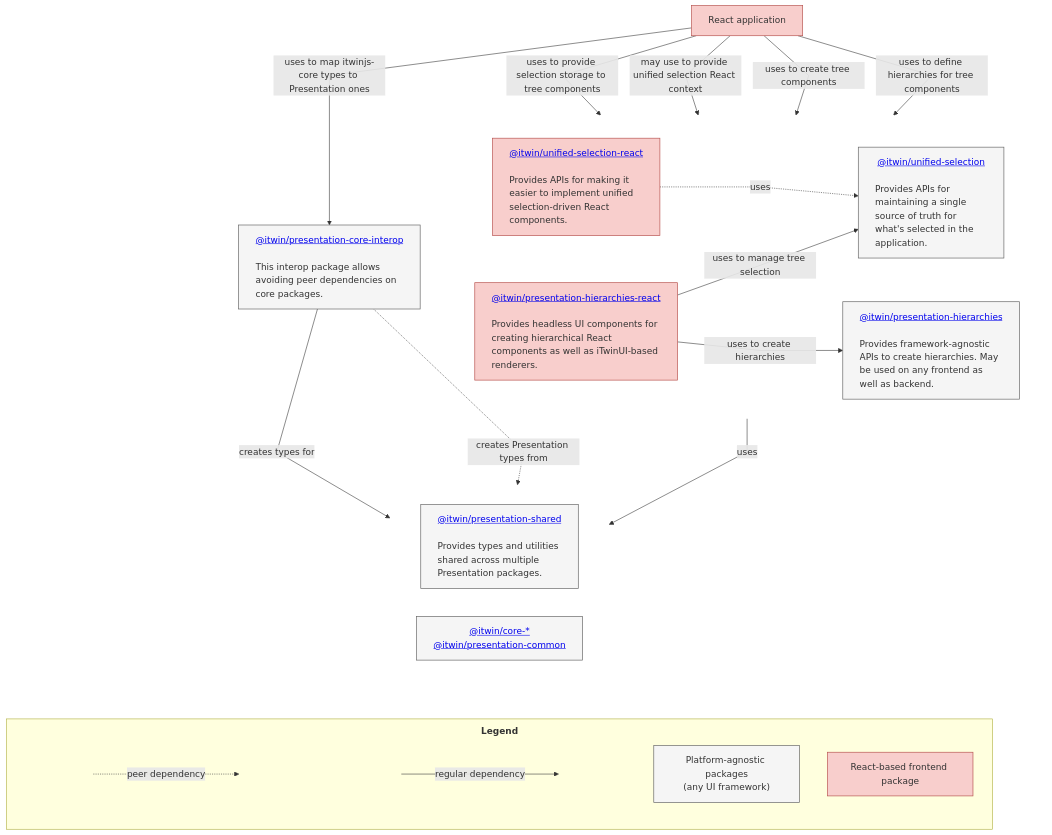
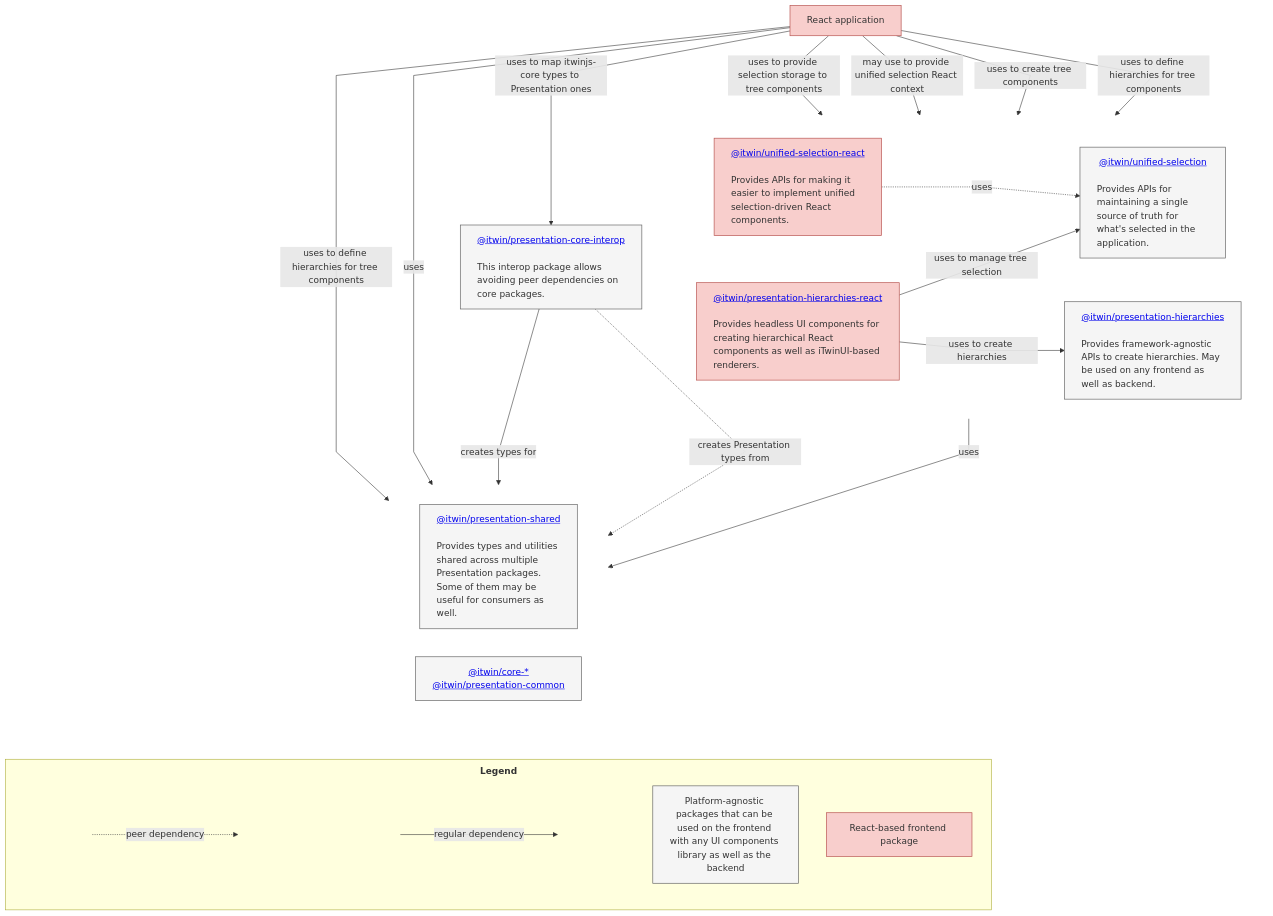
One commit to iTwin/presentation changed the diagram in README.md. Above: the diagram before and after it, drawn with Mermaid.

Commit message:
Add missing details

````diff
--- a/README.md
+++ b/README.md
@@ -59,67 +59,69 @@
 ```mermaid
 %%{init: {"flowchart": {"htmlLabels": true, "curve": "linear", "nodeSpacing": 50, "rankSpacing": 70}}}%%
 flowchart TB
   app["React application"]
 
   subgraph tier1[ ]
     direction LR
     pkgUnifiedSelection["<div style='text-align:center;white-space:nowrap;'><a href='./packages/unified-selection/README.md'>@itwin/unified-selection</a></div><br/><div style='text-align:left;font-weight:normal;'>Provides APIs for maintaining a single source of truth for what's selected in the application.</div>"]
     pkgUnifiedSelectionReact["<div style='text-align:center;white-space:nowrap;'><a href='./packages/unified-selection-react/README.md'>@itwin/unified-selection-react</a></div><br/><div style='text-align:left;font-weight:normal;'>Provides APIs for making it easier to implement unified selection-driven React components.</div>"]
     pkgHierarchiesReact["<div style='text-align:center;white-space:nowrap;'><a href='./packages/hierarchies-react/README.md'>@itwin/presentation-hierarchies-react</a></div><br/><div style='text-align:left;font-weight:normal;'>Provides headless UI components for creating hierarchical React components as well as iTwinUI-based renderers.</div>"]
     pkgHierarchies["<div style='text-align:center;white-space:nowrap;'><a href='./packages/hierarchies/README.md'>@itwin/presentation-hierarchies</a></div><br/><div style='text-align:left;font-weight:normal;'>Provides framework-agnostic APIs to create hierarchies. May be used on any frontend as well as backend.</div>"]
   end
 
   pkgCoreInterop["<div style='text-align:center;white-space:nowrap;'><a href='./packages/core-interop/README.md'>@itwin/presentation-core-interop</a></div><br/><div style='text-align:left;font-weight:normal;'>This interop package allows avoiding peer dependencies on core packages.</div>"]
 
   subgraph tier3[ ]
     direction LR
-    pkgShared["<div style='text-align:center;white-space:nowrap;'><a href='./packages/shared/README.md'>@itwin/presentation-shared</a></div><br/><div style='text-align:left;font-weight:normal;'>Provides types and utilities shared across multiple Presentation packages.</div>"]
+    pkgShared["<div style='text-align:center;white-space:nowrap;'><a href='./packages/shared/README.md'>@itwin/presentation-shared</a></div><br/><div style='text-align:left;font-weight:normal;'>Provides types and utilities shared across multiple Presentation packages. Some of them may be useful for consumers as well.</div>"]
     pkgCoreLegacy["<div style='text-align:center;white-space:nowrap;'><a href='https://www.itwinjs.org/learning/'>@itwin/core-*</a><br/><a href='https://www.npmjs.com/package/@itwin/presentation-common'>@itwin/presentation-common</a></div>"]
   end
 
   app -->|uses to provide selection storage to tree components| pkgUnifiedSelection
   app -->|may use to provide unified selection React context| pkgUnifiedSelectionReact
   app -->|uses to create tree components| pkgHierarchiesReact
   app -->|uses to define hierarchies for tree components| pkgHierarchies
+  app -->|uses to define hierarchies for tree components| pkgShared
   app -->|uses to map itwinjs-core types to Presentation ones| pkgCoreInterop
+  app -->|uses| pkgCoreLegacy
 
   pkgUnifiedSelectionReact -.->|uses| pkgUnifiedSelection
   pkgHierarchiesReact -->|uses to manage tree selection| pkgUnifiedSelection
   pkgHierarchiesReact -->|uses to create hierarchies| pkgHierarchies
   pkgHierarchies -->|uses| pkgShared
   pkgCoreInterop -->|creates types for| pkgShared
   pkgCoreInterop -.->|creates Presentation types from| pkgCoreLegacy
 
   subgraph Legend["<div style='font-weight: bold; padding: 10px'>Legend</div>"]
     direction TB
-    lGray["Platform-agnostic packages<br/>(any UI framework)"]:::clsPlatformAgnosticPackageNode
+    lGray["Platform-agnostic packages that can be used on the frontend with any UI components library as well as the backend"]:::clsPlatformAgnosticPackageNode
     lRed["React-based frontend package"]:::clsReactPackageNode
 
     subgraph legendRegular[ ]
       direction LR
       legendN1[ ] -->|regular dependency| legendN2[ ]
     end
 
     subgraph legendPeer[ ]
       direction LR
       legendN3[ ] -.->|peer dependency| legendN4[ ]
     end
   end
 
   tier3 ~~~ Legend
 
   style tier1 fill:none,stroke:none
   style tier3 fill:none,stroke:none
   style legendRegular fill:none,stroke:none
   style legendPeer fill:none,stroke:none
   style legendN1 fill:none,stroke:none,color:none
   style legendN2 fill:none,stroke:none,color:none
   style legendN3 fill:none,stroke:none,color:none
   style legendN4 fill:none,stroke:none,color:none
 
   classDef clsReactPackageNode fill:#f8cecc,stroke:#b85450,color:#333333,stroke-width:1.2px;
   classDef clsPlatformAgnosticPackageNode fill:#f5f5f5,stroke:#666666,color:#333333,stroke-width:1.2px;
 
   class app,pkgHierarchiesReact,pkgUnifiedSelectionReact clsReactPackageNode;
   class pkgHierarchies,pkgUnifiedSelection,pkgCoreInterop,pkgShared,pkgCoreLegacy clsPlatformAgnosticPackageNode;
 ```
````
